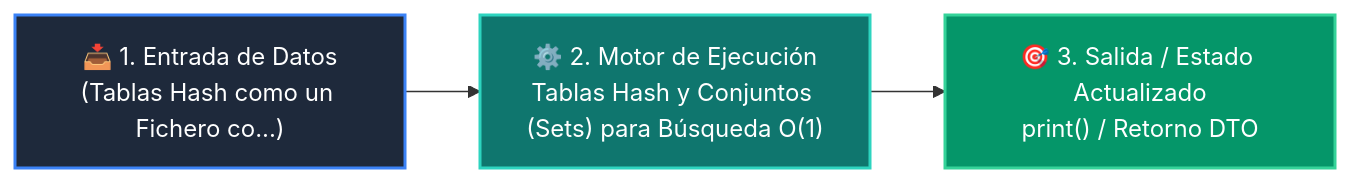
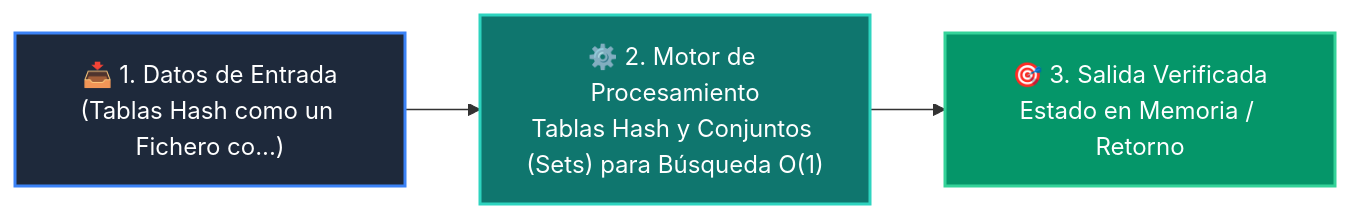
One commit to wisrovi/wisrovi-python changed the diagram in 02-algoritmos-estructuras/clase-03-tablas-hash-y-sets/README.md. Above: the diagram before and after it, drawn with Mermaid. The commit also changed other lines of this file and 226 other files, not shown here.

Commit message:
docs: elevate all repository READMEs to world-class mastery standard with rich pedagogical architecture, custom Mermaids, and professional styling

````diff
--- a/02-algoritmos-estructuras/clase-03-tablas-hash-y-sets/README.md
+++ b/02-algoritmos-estructuras/clase-03-tablas-hash-y-sets/README.md
@@ -12,9 +26,9 @@
 ```mermaid
 flowchart LR
-    A["📥 1. Entrada de Datos<br/>(Tablas Hash como un Fichero co...)"] --> B["⚙️ 2. Motor de Ejecución<br/>Tablas Hash y Conjuntos (Sets) para Búsqueda O(1)"]
-    B --> C["🎯 3. Salida / Estado Actualizado<br/>print() / Retorno DTO"]
+    IN["📥 1. Datos de Entrada<br/>(Tablas Hash como un Fichero co...)"] --> ENG["⚙️ 2. Motor de Procesamiento<br/>Tablas Hash y Conjuntos (Sets) para Búsqueda O(1)"]
+    ENG --> OUT["🎯 3. Salida Verificada<br/>Estado en Memoria / Retorno"]
 
-    style A fill:#1e293b,color:#ffffff,stroke:#3b82f6,stroke-width:2px
-    style B fill:#0f766e,color:#ffffff,stroke:#2dd4bf,stroke-width:2px
-    style C fill:#059669,color:#ffffff,stroke:#34d399,stroke-width:2px
+    style IN fill:#1e293b,color:#ffffff,stroke:#3b82f6,stroke-width:2px
+    style ENG fill:#0f766e,color:#ffffff,stroke:#2dd4bf,stroke-width:2px
+    style OUT fill:#059669,color:#ffffff,stroke:#34d399,stroke-width:2px
 ```
````
